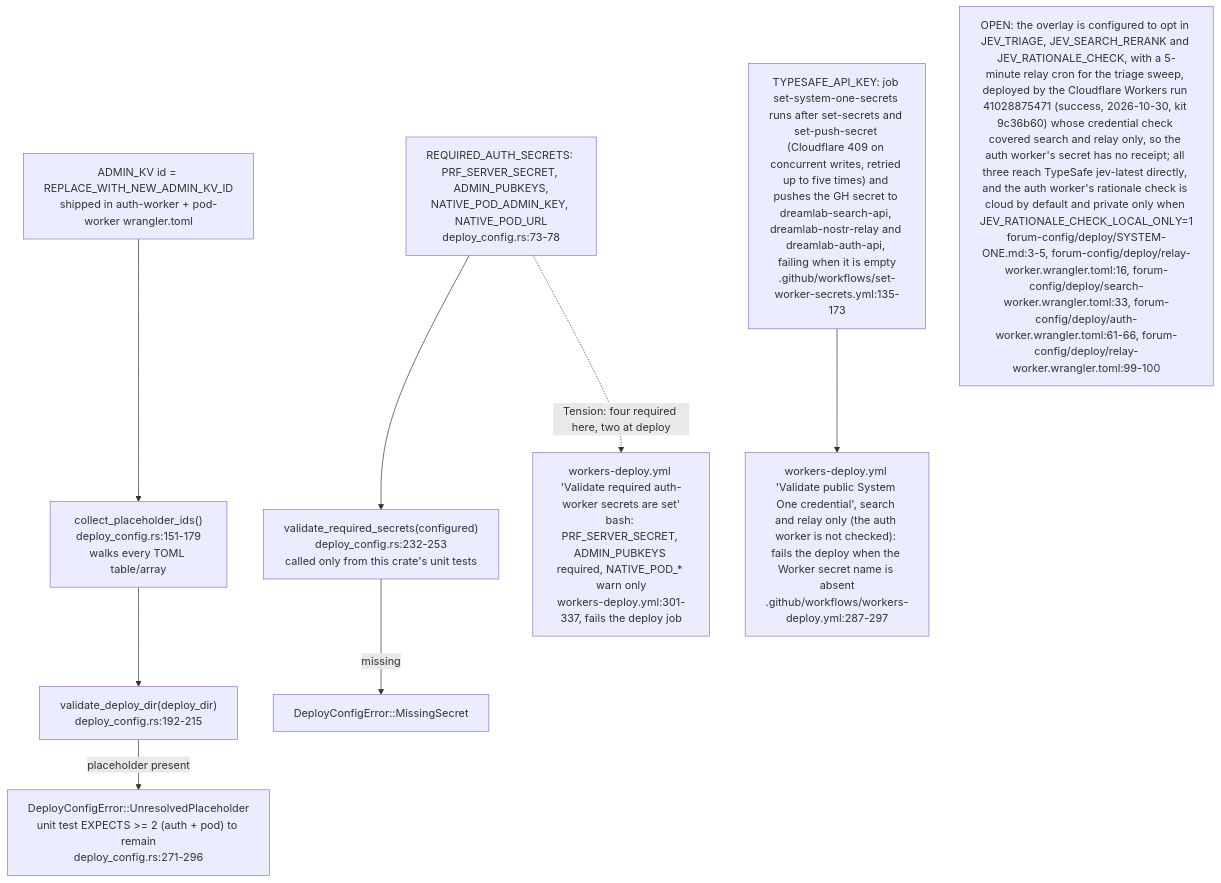
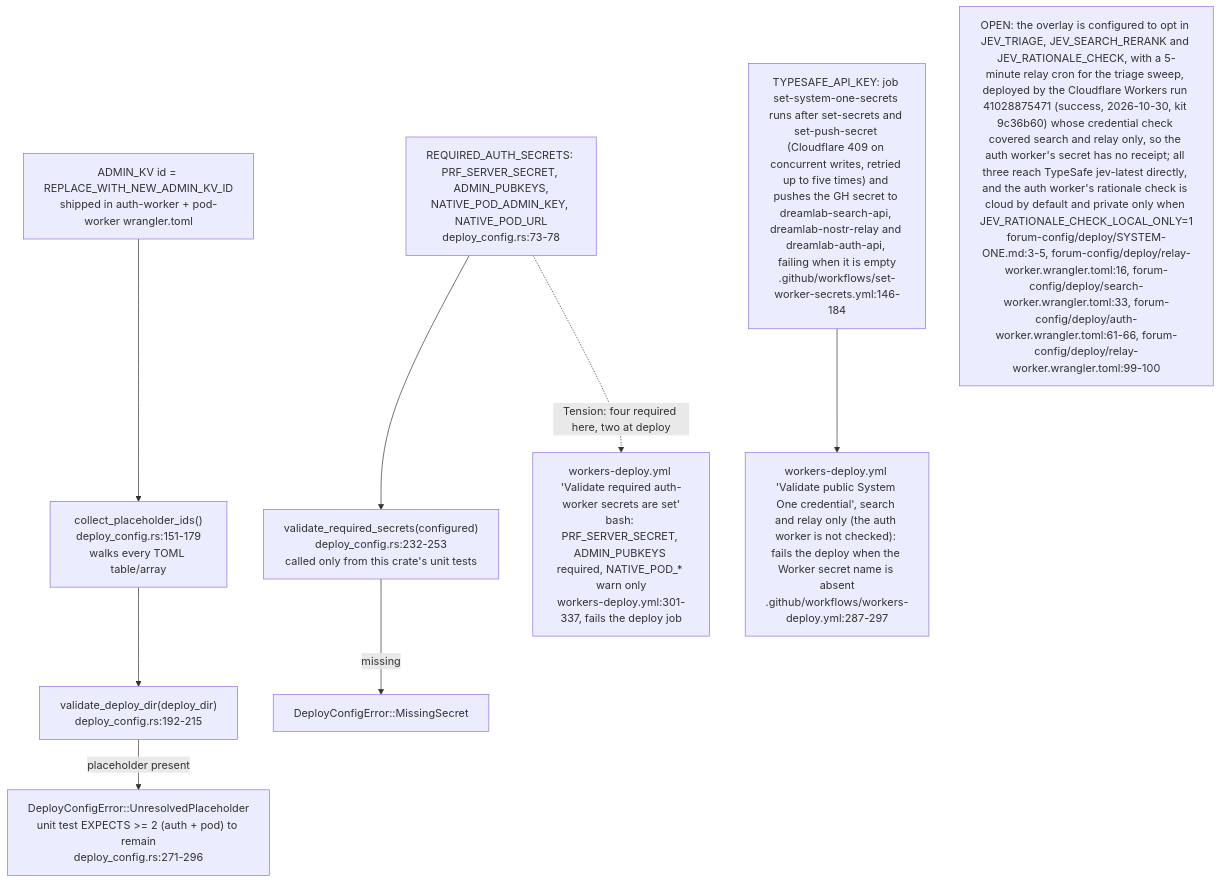
The seventh of 10 diagrams in docs/diagrams/dreamlab-ai-website/03-forum-config-overlay-zones-admin-kv-sync.md (DreamLab-AI/VisionFlow), drawn with Mermaid before and after one commit. The commit also changed other lines of this file and 59 other files, not shown here.

First line of the commit message:
docs(diagrams): re-derive and re-stamp forum, website, pod, ontomark and sealmap topics

````diff
--- a/docs/diagrams/dreamlab-ai-website/03-forum-config-overlay-zones-admin-kv-sync.md
+++ b/docs/diagrams/dreamlab-ai-website/03-forum-config-overlay-zones-admin-kv-sync.md
@@ -165,12 +165,12 @@
 ```mermaid
 flowchart TB
     KVID["ADMIN_KV id = REPLACE_WITH_NEW_ADMIN_KV_ID<br/>shipped in auth-worker + pod-worker wrangler.toml"] --> SCAN["collect_placeholder_ids()<br/>deploy_config.rs:151-179<br/>walks every TOML table/array"]
     SCAN --> DETECT["validate_deploy_dir(deploy_dir)<br/>deploy_config.rs:192-215"]
     DETECT -->|placeholder present| FAIL1["DeployConfigError::UnresolvedPlaceholder<br/>unit test EXPECTS >= 2 (auth + pod) to remain<br/>deploy_config.rs:271-296"]
     SECRETS["REQUIRED_AUTH_SECRETS: PRF_SERVER_SECRET, ADMIN_PUBKEYS,<br/>NATIVE_POD_ADMIN_KEY, NATIVE_POD_URL<br/>deploy_config.rs:73-78"] --> CHECK["validate_required_secrets(configured)<br/>deploy_config.rs:232-253<br/>called only from this crate's unit tests"]
     CHECK -->|missing| FAIL2["DeployConfigError::MissingSecret"]
     DEPLOYSTEP["workers-deploy.yml 'Validate required auth-worker secrets are set'<br/>bash: PRF_SERVER_SECRET, ADMIN_PUBKEYS required, NATIVE_POD_* warn only<br/>workers-deploy.yml:301-337, fails the deploy job"]
     SECRETS -.->|"Tension: four required here, two at deploy"| DEPLOYSTEP
-    SUBQ["TYPESAFE_API_KEY: job set-system-one-secrets runs after set-secrets and set-push-secret (Cloudflare 409 on concurrent writes, retried up to five times) and pushes the GH secret to dreamlab-search-api, dreamlab-nostr-relay and dreamlab-auth-api, failing when it is empty<br/>.github/workflows/set-worker-secrets.yml:135-173"] --> SUBQCHK["workers-deploy.yml 'Validate public System One credential', search and relay only (the auth worker is not checked): fails the deploy when the Worker secret name is absent<br/>.github/workflows/workers-deploy.yml:287-297"]
+    SUBQ["TYPESAFE_API_KEY: job set-system-one-secrets runs after set-secrets and set-push-secret (Cloudflare 409 on concurrent writes, retried up to five times) and pushes the GH secret to dreamlab-search-api, dreamlab-nostr-relay and dreamlab-auth-api, failing when it is empty<br/>.github/workflows/set-worker-secrets.yml:146-184"] --> SUBQCHK["workers-deploy.yml 'Validate public System One credential', search and relay only (the auth worker is not checked): fails the deploy when the Worker secret name is absent<br/>.github/workflows/workers-deploy.yml:287-297"]
     OPTIN["OPEN: the overlay is configured to opt in JEV_TRIAGE, JEV_SEARCH_RERANK and JEV_RATIONALE_CHECK, with a 5-minute relay cron for the triage sweep, deployed by the Cloudflare Workers run 41028875471 (success, 2026-10-30, kit 9c36b60) whose credential check covered search and relay only, so the auth worker's secret has no receipt; all three reach TypeSafe jev-latest directly, and the auth worker's rationale check is cloud by default and private only when JEV_RATIONALE_CHECK_LOCAL_ONLY=1<br/>forum-config/deploy/SYSTEM-ONE.md:3-5, forum-config/deploy/relay-worker.wrangler.toml:16, forum-config/deploy/search-worker.wrangler.toml:33, forum-config/deploy/auth-worker.wrangler.toml:61-66, forum-config/deploy/relay-worker.wrangler.toml:99-100"]
 ```
````
